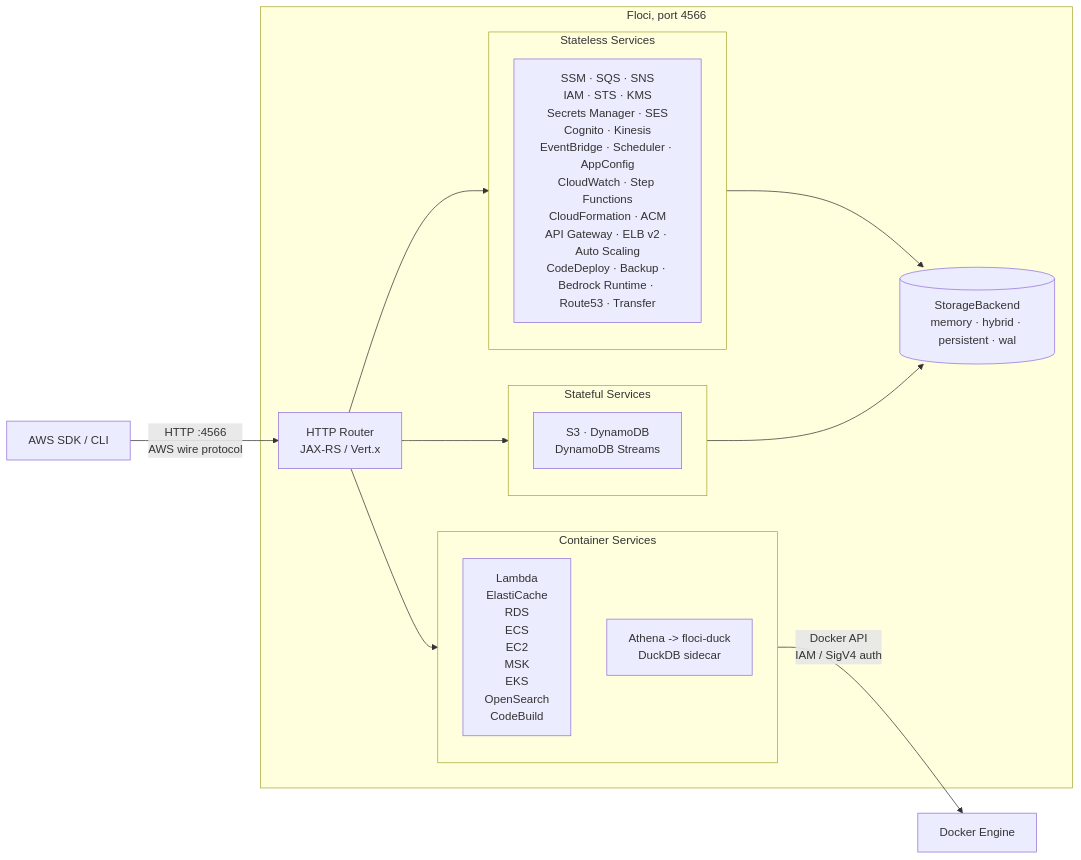
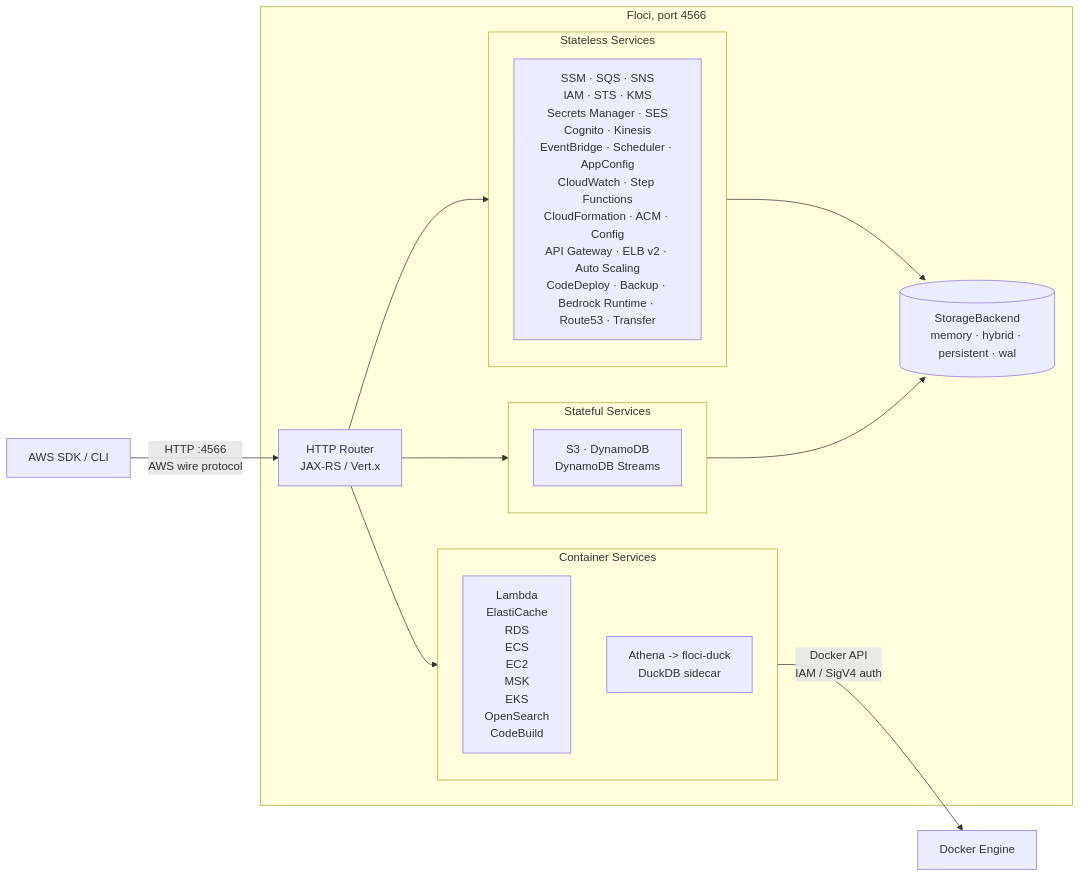
The diagram in README.md (ryan00x/aws-terraform-ci-validation), drawn with Mermaid before and after one commit. The commit also changed other lines of this file and 22 other files, not shown here.

````diff
--- a/README.md
+++ b/README.md
@@ -172,30 +172,30 @@
 ```mermaid
 flowchart LR
     Client["AWS SDK / CLI"]
 
     subgraph Floci ["Floci, port 4566"]
         Router["HTTP Router\nJAX-RS / Vert.x"]
 
         subgraph Stateless ["Stateless Services"]
-            A["SSM · SQS · SNS\nIAM · STS · KMS\nSecrets Manager · SES\nCognito · Kinesis\nEventBridge · Scheduler · AppConfig\nCloudWatch · Step Functions\nCloudFormation · ACM\nAPI Gateway · ELB v2 · Auto Scaling\nCodeDeploy · Backup · Bedrock Runtime · Route53 · Transfer"]
+            A["SSM · SQS · SNS\nIAM · STS · KMS\nSecrets Manager · SES\nCognito · Kinesis\nEventBridge · Scheduler · AppConfig\nCloudWatch · Step Functions\nCloudFormation · ACM · Config\nAPI Gateway · ELB v2 · Auto Scaling\nCodeDeploy · Backup · Bedrock Runtime · Route53 · Transfer"]
         end
 
         subgraph Stateful ["Stateful Services"]
             B["S3 · DynamoDB\nDynamoDB Streams"]
         end
 
         subgraph Containers ["Container Services"]
             C["Lambda\nElastiCache\nRDS\nECS\nEC2\nMSK\nEKS\nOpenSearch\nCodeBuild"]
             D["Athena -> floci-duck\nDuckDB sidecar"]
         end
 
         Router --> Stateless
         Router --> Stateful
         Router --> Containers
         Stateless & Stateful --> Store[("StorageBackend\nmemory · hybrid · persistent · wal")]
     end
 
     Docker["Docker Engine"]
     Client -->|"HTTP :4566\nAWS wire protocol"| Router
     Containers -->|"Docker API\nIAM / SigV4 auth"| Docker
 ```
````
